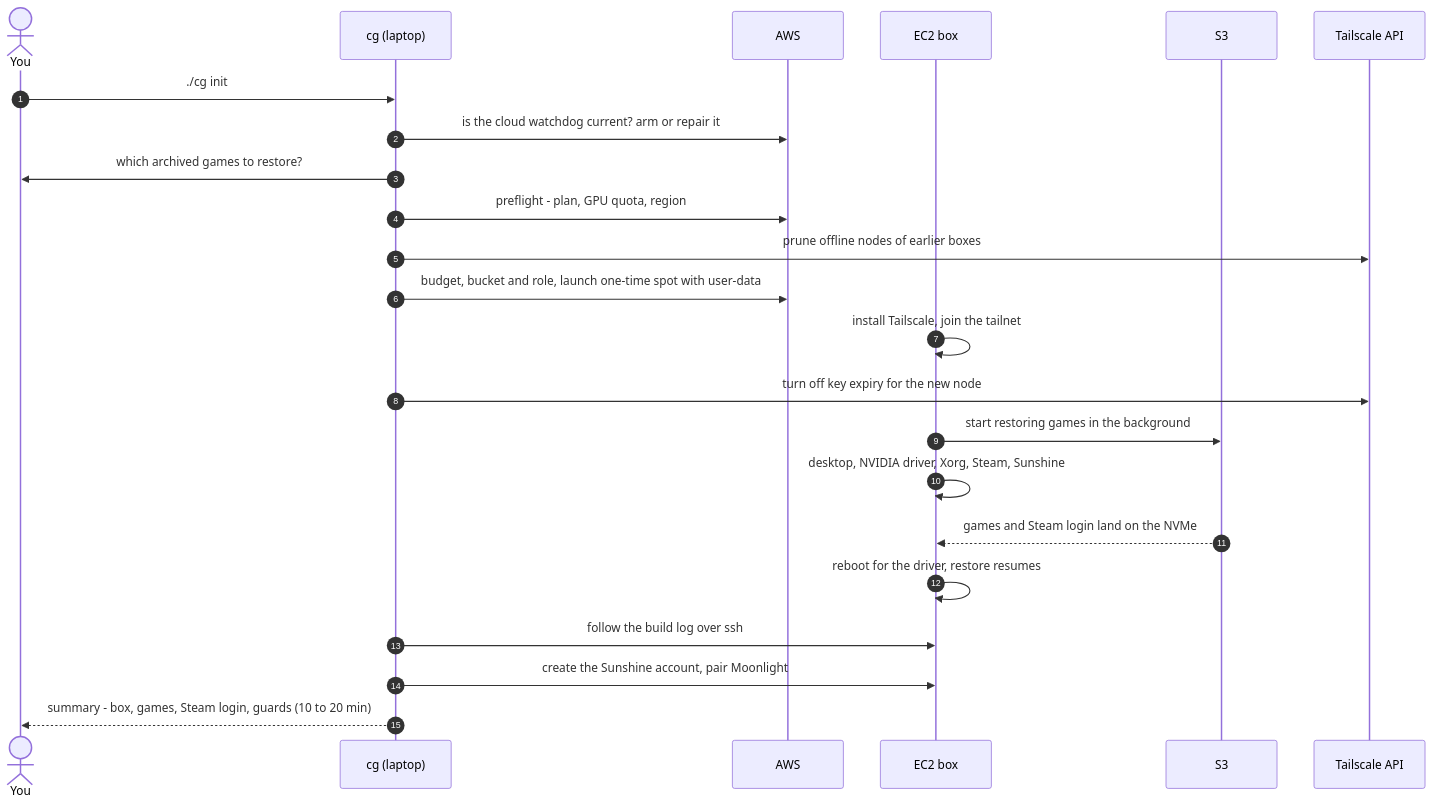
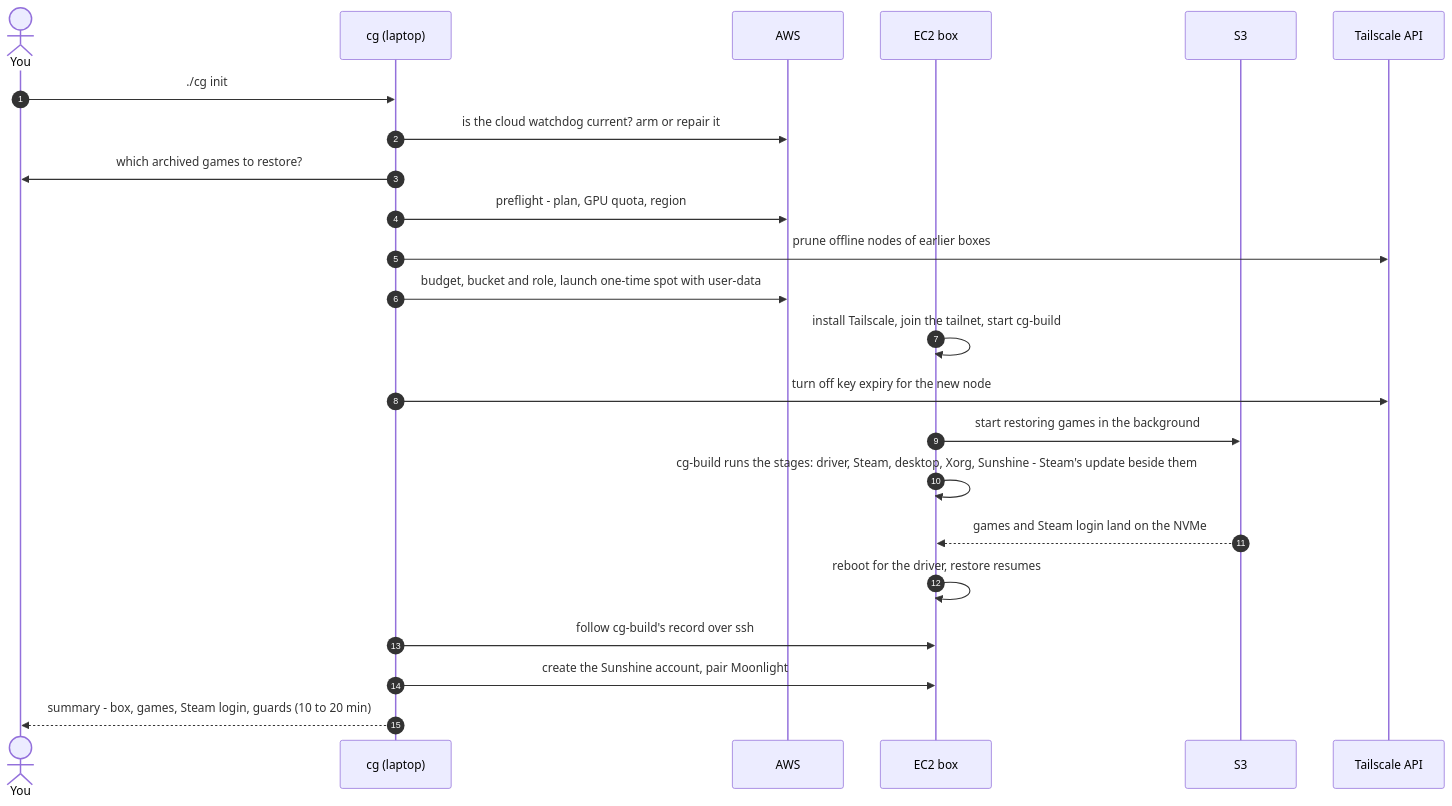
The fourth of 9 diagrams in docs/architecture.md (jebin2/aws_cloud_gaming), drawn with Mermaid before and after one commit. The commit also changed other lines of this file and 29 other files, not shown here.

First line of the commit message:
The AWS box builds itself under a supervisor: stages in parallel, restart-proof, with a numbered record

````diff
--- a/docs/architecture.md
+++ b/docs/architecture.md
@@ -131,26 +131,26 @@
 ```mermaid
 sequenceDiagram
   autonumber
   actor You
   participant cg as cg (laptop)
   participant AWS
   participant EC2 as EC2 box
   participant S3
   participant TS as Tailscale API
 
   You->>cg: ./cg init
   cg->>AWS: is the cloud watchdog current? arm or repair it
   cg->>You: which archived games to restore?
   cg->>AWS: preflight - plan, GPU quota, region
   cg->>TS: prune offline nodes of earlier boxes
   cg->>AWS: budget, bucket and role, launch one-time spot with user-data
-  EC2->>EC2: install Tailscale, join the tailnet
+  EC2->>EC2: install Tailscale, join the tailnet, start cg-build
   cg->>TS: turn off key expiry for the new node
   EC2->>S3: start restoring games in the background
-  EC2->>EC2: desktop, NVIDIA driver, Xorg, Steam, Sunshine
+  EC2->>EC2: cg-build runs the stages: driver, Steam, desktop, Xorg, Sunshine - Steam's update beside them
   S3-->>EC2: games and Steam login land on the NVMe
   EC2->>EC2: reboot for the driver, restore resumes
-  cg->>EC2: follow the build log over ssh
+  cg->>EC2: follow cg-build's record over ssh
   cg->>EC2: create the Sunshine account, pair Moonlight
   cg-->>You: summary - box, games, Steam login, guards (10 to 20 min)
 ```
````
